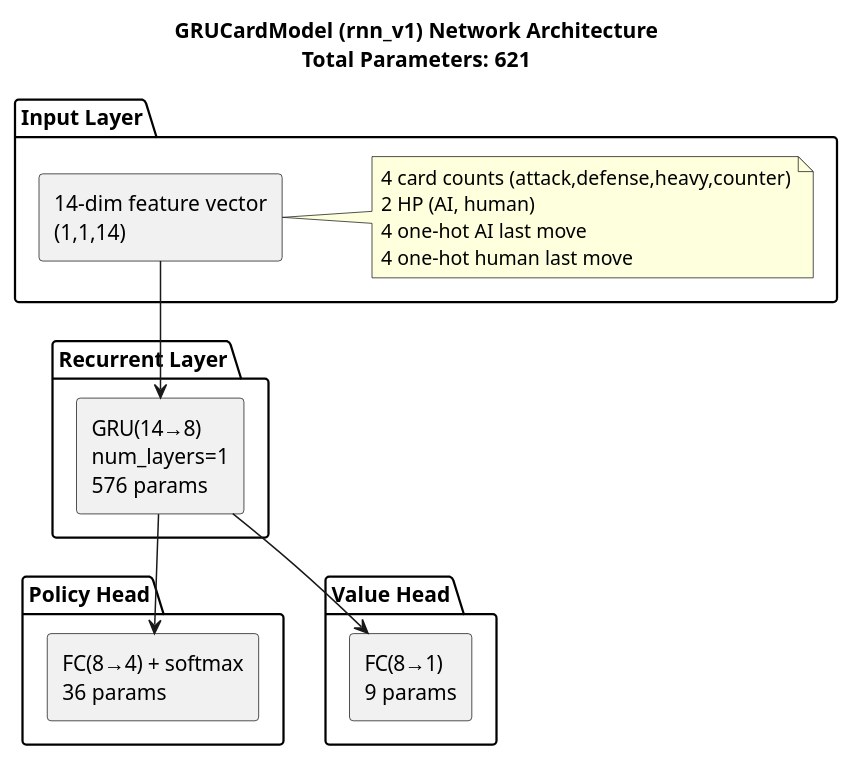
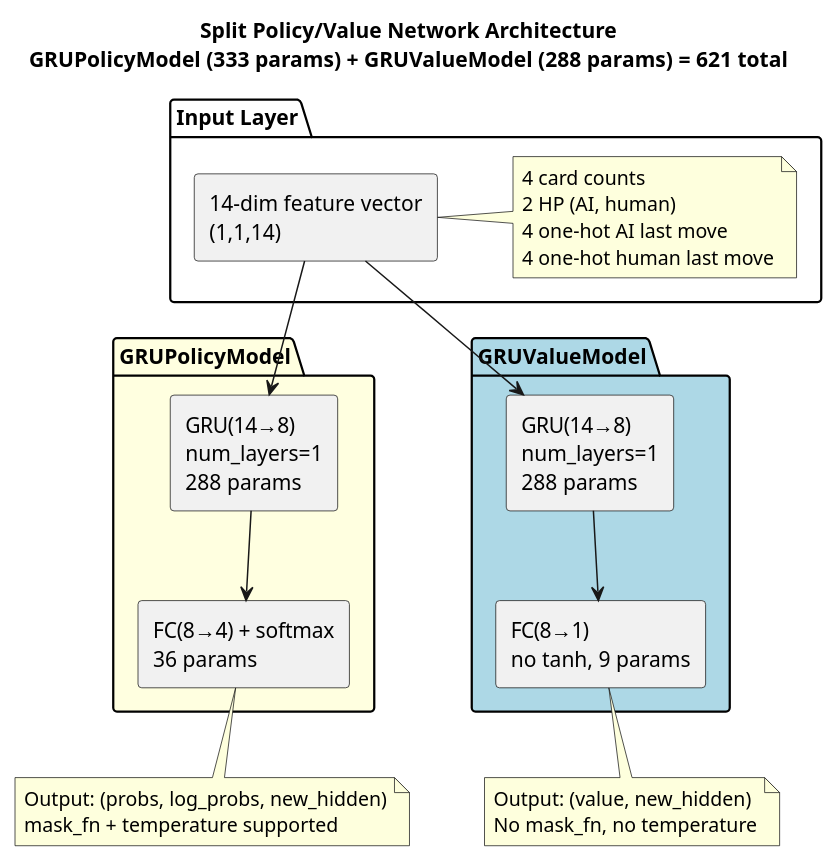
The diagram in src/backend/ai/rnn_v1/network_architecture.puml (nanhao/custom-card), drawn with PlantUML before and after one commit. The commit also changed 2 other files, not shown here.

```diff
--- a/src/backend/ai/rnn_v1/network_architecture.puml
+++ b/src/backend/ai/rnn_v1/network_architecture.puml
@@ -1,36 +1,46 @@
 @startuml rnn_v1_architecture
 skinparam backgroundColor white
 skinparam componentStyle rectangle
-skinparam nodesep 60
-skinparam ranksep 80
+skinparam nodesep 50
+skinparam ranksep 60
 skinparam defaultFontName Microsoft YaHei,SimHei,SimSun,sans-serif
 
-title GRUCardModel (rnn_v1) Network Architecture\nTotal Parameters: 621
+title Split Policy/Value Network Architecture\nGRUPolicyModel (333 params) + GRUValueModel (288 params) = 621 total
 
 package "Input Layer" as InputLayer {
     [14-dim feature vector\n(1,1,14)] as Input
     note right of Input
-        4 card counts (attack,defense,heavy,counter)
+        4 card counts
         2 HP (AI, human)
         4 one-hot AI last move
         4 one-hot human last move
     end note
 }
 
-package "Recurrent Layer" as RecurrentLayer {
-    [GRU(14→8)\nnum_layers=1\n576 params] as GRU
+package "GRUPolicyModel" as PolicyModel #LightYellow {
+    [GRU(14→8)\nnum_layers=1\n288 params] as PolicyGRU
+    [FC(8→4) + softmax\n36 params] as PolicyFC
 }
 
-package "Policy Head" as PolicyHead {
-    [FC(8→4) + softmax\n36 params] as Policy
+package "GRUValueModel" as ValueModel #LightBlue {
+    [GRU(14→8)\nnum_layers=1\n288 params] as ValueGRU
+    [FC(8→1)\nno tanh, 9 params] as ValueFC
 }
 
-package "Value Head" as ValueHead {
-    [FC(8→1)\n9 params] as Value
-}
+Input -down-> PolicyGRU
+Input -down-> ValueGRU
 
-Input -down-> GRU
-GRU -down-> Policy
-GRU -down-> Value
+PolicyGRU -down-> PolicyFC
+ValueGRU -down-> ValueFC
+
+note bottom of PolicyFC
+    Output: (probs, log_probs, new_hidden)
+    mask_fn + temperature supported
+end note
+
+note bottom of ValueFC
+    Output: (value, new_hidden)
+    No mask_fn, no temperature
+end note
 
 @enduml
```
